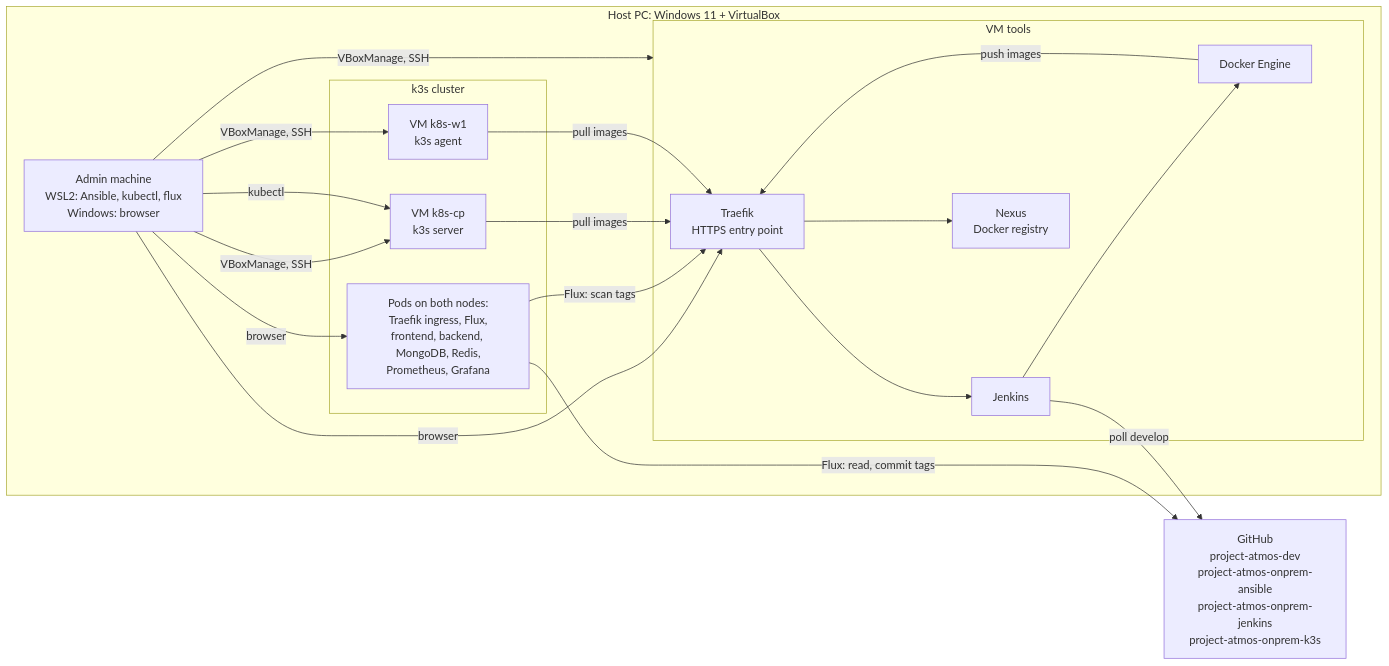
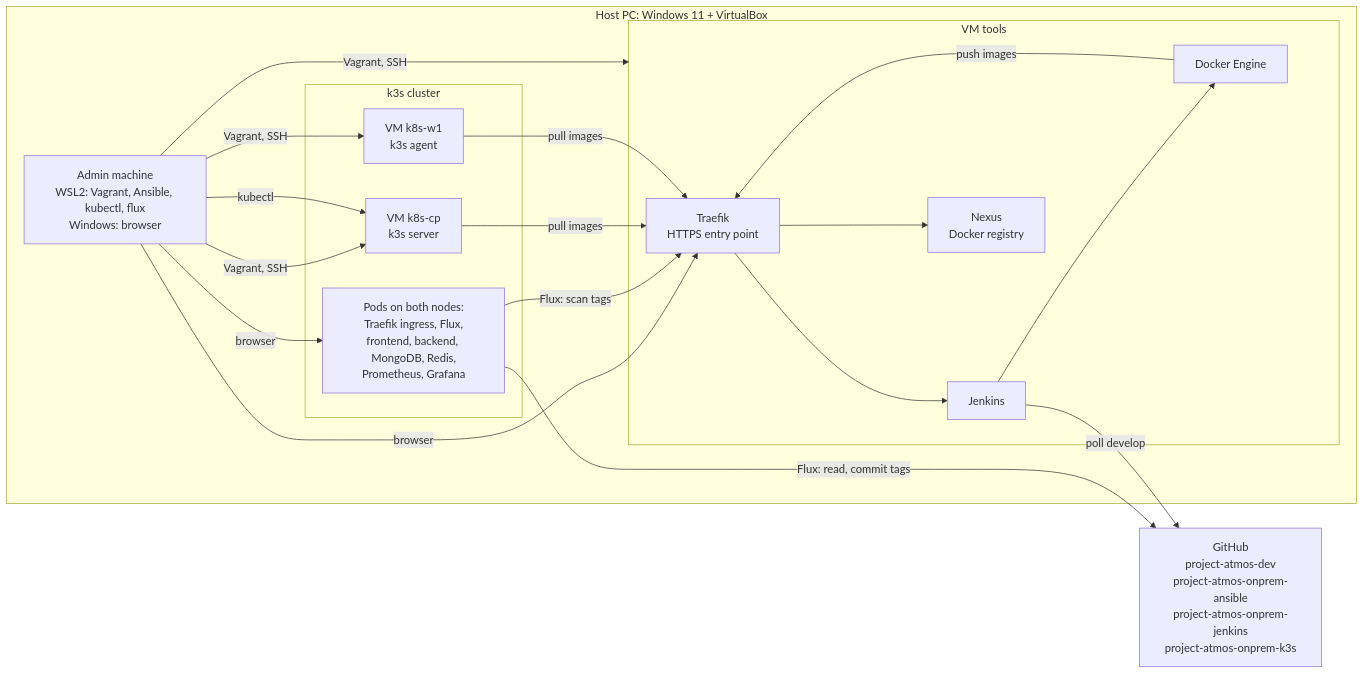
The first of 3 diagrams in docs/on-premise/architecture.md (Kernel-Club/atmos-dev), drawn with Mermaid before and after one commit. The commit also changed other lines of this file and 2 other files, not shown here.

Commit message:
docs: changed tool of use the VBoxManage on Vagrant

````diff
--- a/docs/on-premise/architecture.md
+++ b/docs/on-premise/architecture.md
@@ -15,34 +15,34 @@
 ```mermaid
 flowchart LR
     subgraph host["Host PC: Windows 11 + VirtualBox"]
-        admin["Admin machine<br/>WSL2: Ansible, kubectl, flux<br/>Windows: browser"]
+        admin["Admin machine<br/>WSL2: Vagrant, Ansible, kubectl, flux<br/>Windows: browser"]
         subgraph tools["VM tools"]
             tTraefik["Traefik<br/>HTTPS entry point"]
             jenkins["Jenkins"]
             docker["Docker Engine"]
             nexus["Nexus<br/>Docker registry"]
         end
         subgraph k3s["k3s cluster"]
             cp["VM k8s-cp<br/>k3s server"]
             w1["VM k8s-w1<br/>k3s agent"]
             pods["Pods on both nodes:<br/>Traefik ingress, Flux,<br/>frontend, backend, MongoDB, Redis,<br/>Prometheus, Grafana"]
         end
     end
     github["GitHub<br/>project-atmos-dev<br/>project-atmos-onprem-ansible<br/>project-atmos-onprem-jenkins<br/>project-atmos-onprem-k3s"]
 
-    admin -- "VBoxManage, SSH" --> tools
-    admin -- "VBoxManage, SSH" --> cp
-    admin -- "VBoxManage, SSH" --> w1
+    admin -- "Vagrant, SSH" --> tools
+    admin -- "Vagrant, SSH" --> cp
+    admin -- "Vagrant, SSH" --> w1
     admin -- "kubectl" --> cp
     admin -- "browser" --> tTraefik
     admin -- "browser" --> pods
     tTraefik --> jenkins
     tTraefik --> nexus
     jenkins -- "poll develop" --> github
     jenkins --> docker
     docker -- "push images" --> tTraefik
     pods -- "Flux: read, commit tags" --> github
     pods -- "Flux: scan tags" --> tTraefik
     cp -- "pull images" --> tTraefik
     w1 -- "pull images" --> tTraefik
 ```
````
